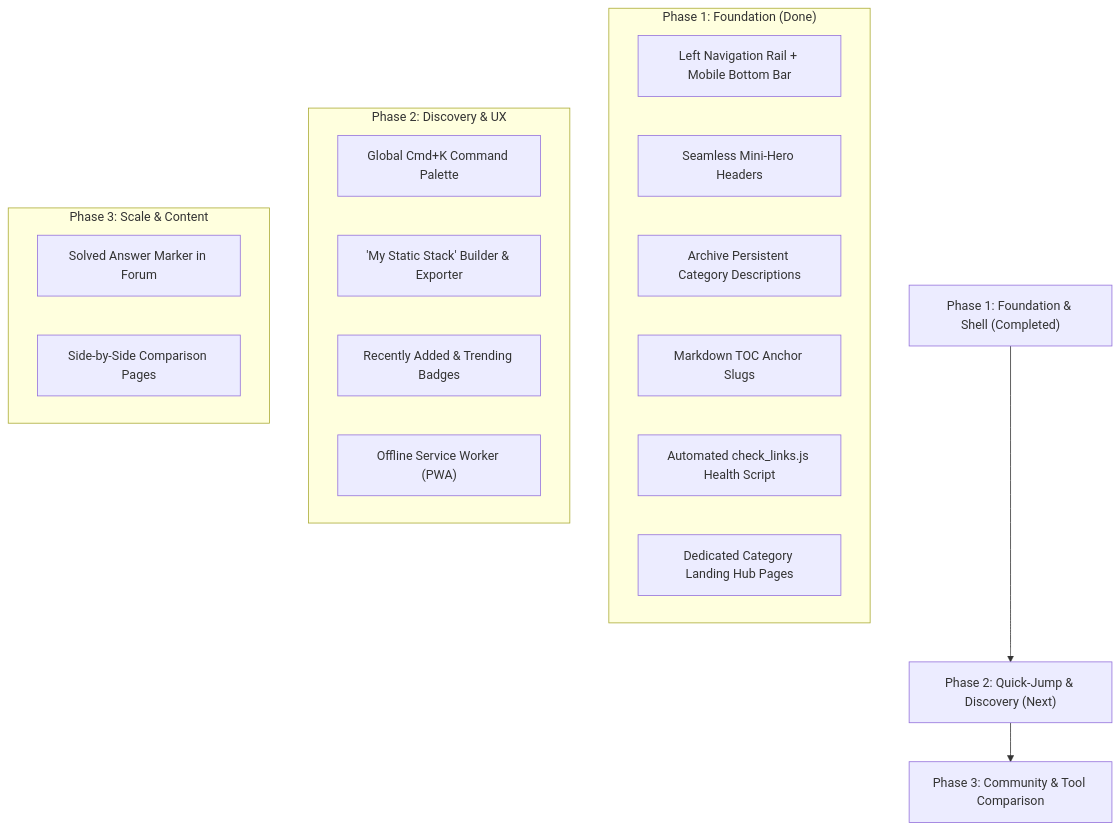
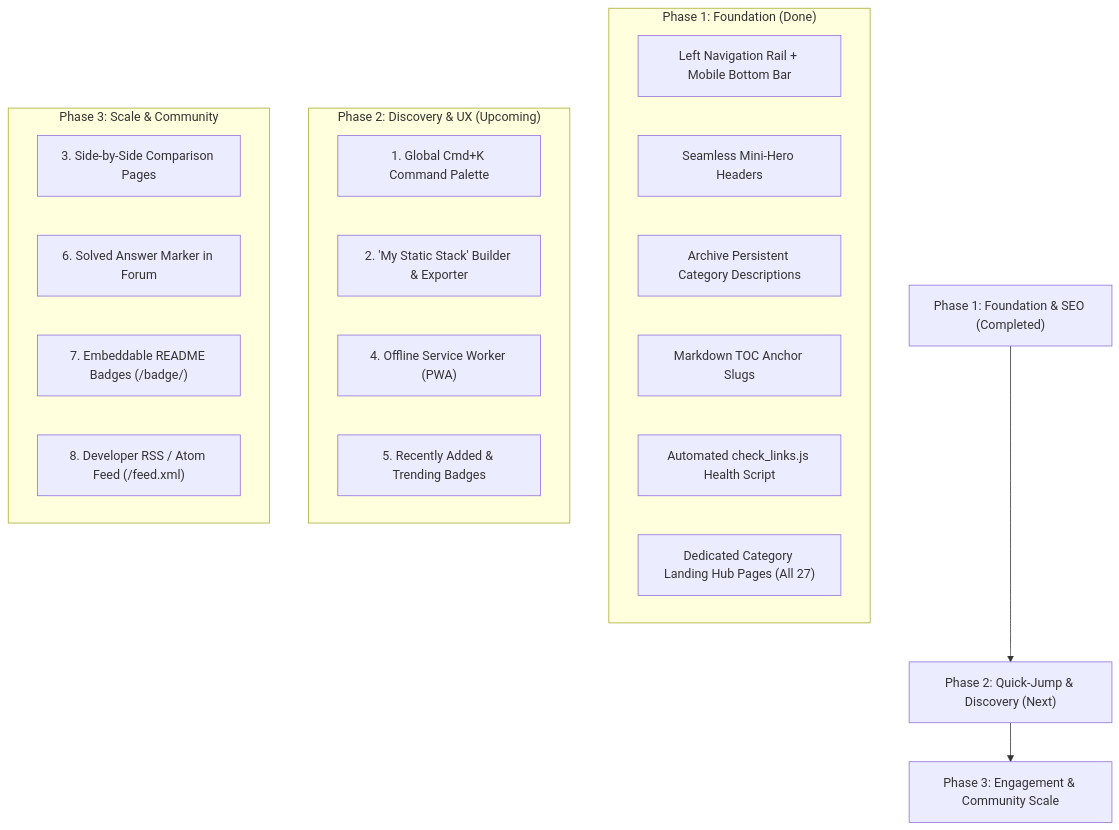
One commit to E6WeB/htmlstatic changed the diagram in suggest.md. Above: the diagram before and after it, drawn with Mermaid. The commit also changed other lines of this file, not shown here.

Commit message:
docs(roadmap): update suggest.md with completed category hubs and new initiatives

````diff
--- a/suggest.md
+++ b/suggest.md
@@ -189,26 +206,28 @@
 ```mermaid
 flowchart TD
-    A["Phase 1: Foundation & Shell (Completed)"] --> B["Phase 2: Quick-Jump & Discovery (Next)"]
-    B --> C["Phase 3: Community & Tool Comparison"]
+    A["Phase 1: Foundation & SEO (Completed)"] --> B["Phase 2: Quick-Jump & Discovery (Next)"]
+    B --> C["Phase 3: Engagement & Community Scale"]
 
     subgraph "Phase 1: Foundation (Done)"
     A1["Left Navigation Rail + Mobile Bottom Bar"]
     A2["Seamless Mini-Hero Headers"]
     A3["Archive Persistent Category Descriptions"]
     A4["Markdown TOC Anchor Slugs"]
     A5["Automated check_links.js Health Script"]
-    A6["Dedicated Category Landing Hub Pages"]
+    A6["Dedicated Category Landing Hub Pages (All 27)"]
     end
 
-    subgraph "Phase 2: Discovery & UX"
-    B1["Global Cmd+K Command Palette"]
-    B2["'My Static Stack' Builder & Exporter"]
-    B3["Recently Added & Trending Badges"]
-    B4["Offline Service Worker (PWA)"]
+    subgraph "Phase 2: Discovery & UX (Upcoming)"
+    B1["1. Global Cmd+K Command Palette"]
+    B2["2. 'My Static Stack' Builder & Exporter"]
+    B3["4. Offline Service Worker (PWA)"]
+    B4["5. Recently Added & Trending Badges"]
     end
 
-    subgraph "Phase 3: Scale & Content"
-    C1["Solved Answer Marker in Forum"]
-    C2["Side-by-Side Comparison Pages"]
+    subgraph "Phase 3: Scale & Community"
+    C1["3. Side-by-Side Comparison Pages"]
+    C2["6. Solved Answer Marker in Forum"]
+    C3["7. Embeddable README Badges (/badge/)"]
+    C4["8. Developer RSS / Atom Feed (/feed.xml)"]
     end
 ```
````
